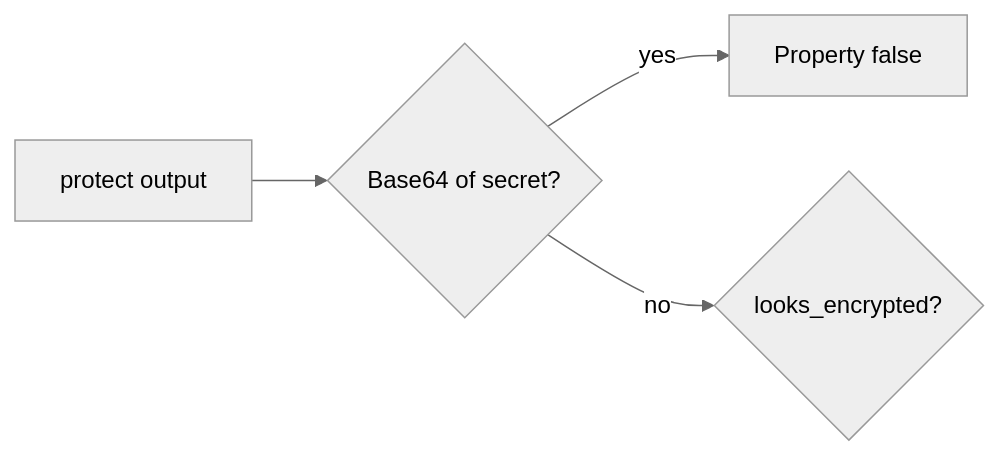
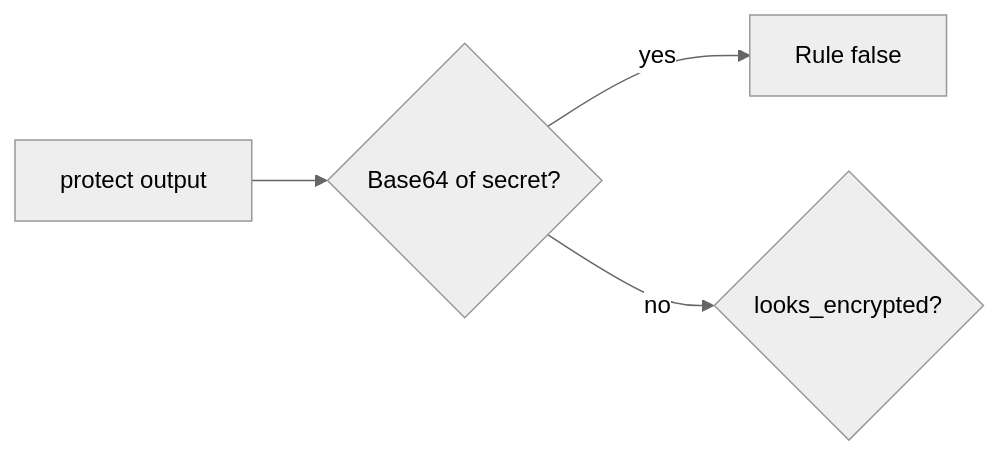
One commit to ishitvagoel/LearnSecurity changed the second of 2 diagrams in content/modules/5/5.2/lessons/02-model.md. Above: the diagram before and after it, drawn with Mermaid (neutral theme). The commit also changed other lines of this file and 39 other files, not shown here.

````diff
--- a/content/modules/5/5.2/lessons/02-model.md
+++ b/content/modules/5/5.2/lessons/02-model.md
@@ -27,6 +28,6 @@
 ```mermaid
 flowchart LR
   Out[protect output] --> B64{Base64 of secret?}
-  B64 -->|yes| Fail[Property false]
+  B64 -->|yes| Fail[Rule false]
   B64 -->|no| Flag{looks_encrypted?}
 ```
````
